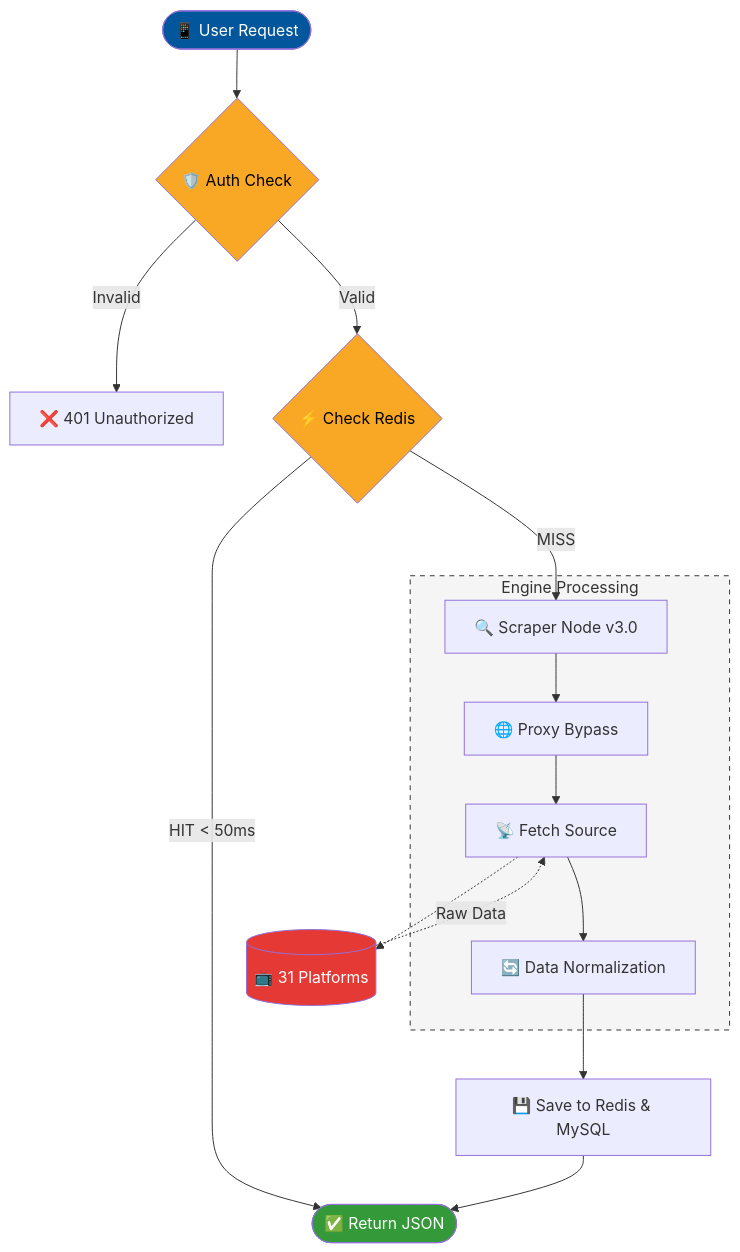
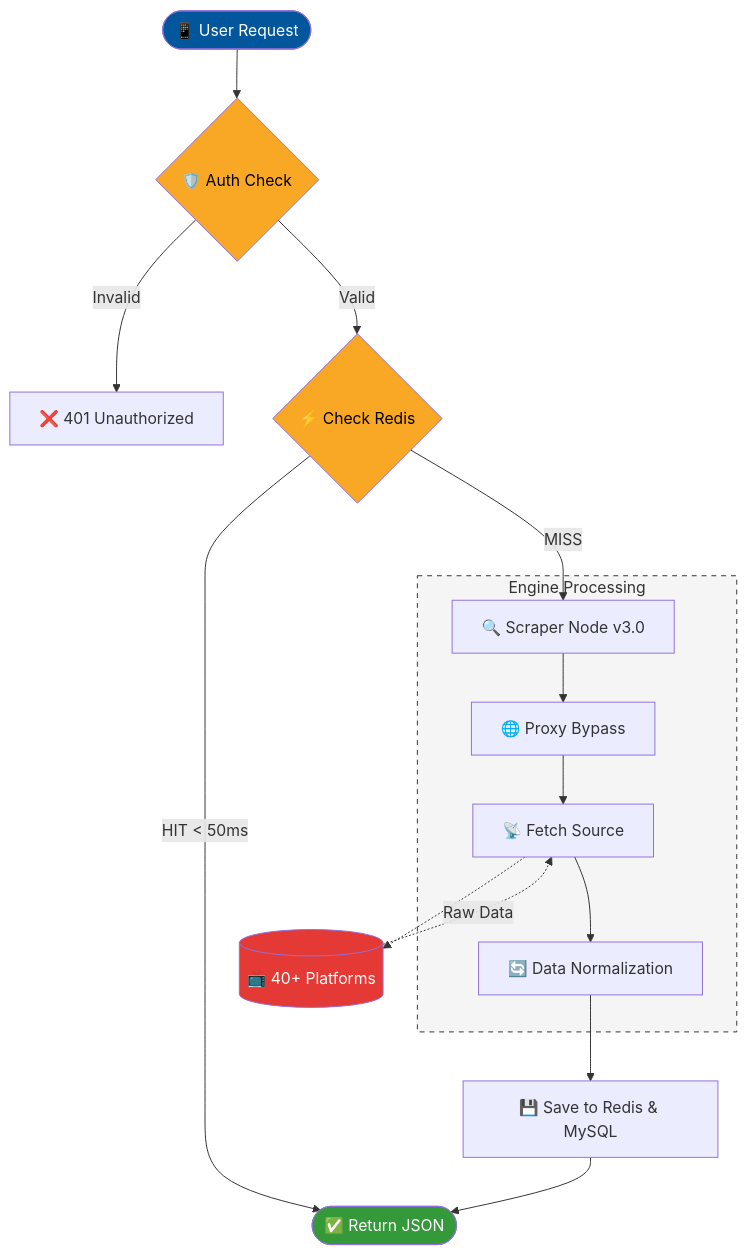
Before and after one commit to irwanx/quickplay-download: the diagram in README.md, drawn with Mermaid. The commit also changed other lines of this file, not shown here.

````diff
--- a/README.md
+++ b/README.md
@@ -21,36 +21,36 @@
 ```mermaid
 graph TD
     %% Entry Point
     Start([📱 User Request]) --> Auth{🛡️ Auth Check}
     
     %% Security Logic
     Auth -- Invalid --> Deny[❌ 401 Unauthorized]
     Auth -- Valid --> CacheCheck{⚡ Check Redis}
 
     %% Cache Logic
     CacheCheck -- HIT < 50ms --> Response([✅ Return JSON])
     CacheCheck -- MISS --> ScraperNode[🔍 Scraper Node v3.0]
 
     %% Scraping Logic
     subgraph Scraping_Process [Engine Processing]
         ScraperNode --> Proxy[🌐 Proxy Bypass]
         Proxy --> Fetch[📡 Fetch Source]
         Fetch --> Norm[🔄 Data Normalization]
     end
 
     %% Storage & Return
     Norm --> SaveCache[💾 Save to Redis & MySQL]
     SaveCache --> Response
 
     %% External Sources
-    Fetch -.-> Sources[(📺 31 Platforms)]
+    Fetch -.-> Sources[(📺 40+ Platforms)]
     Sources -.->|Raw Data| Fetch
 
     %% Styling
     style Start fill:#02569B,color:#fff
     style Response fill:#339939,color:#fff
     style Auth fill:#f9a825,color:#000
     style CacheCheck fill:#f9a825,color:#000
     style Sources fill:#e53935,color:#fff
     style Scraping_Process fill:#f5f5f5,stroke:#333,stroke-dasharray: 5 5
 ```
````
